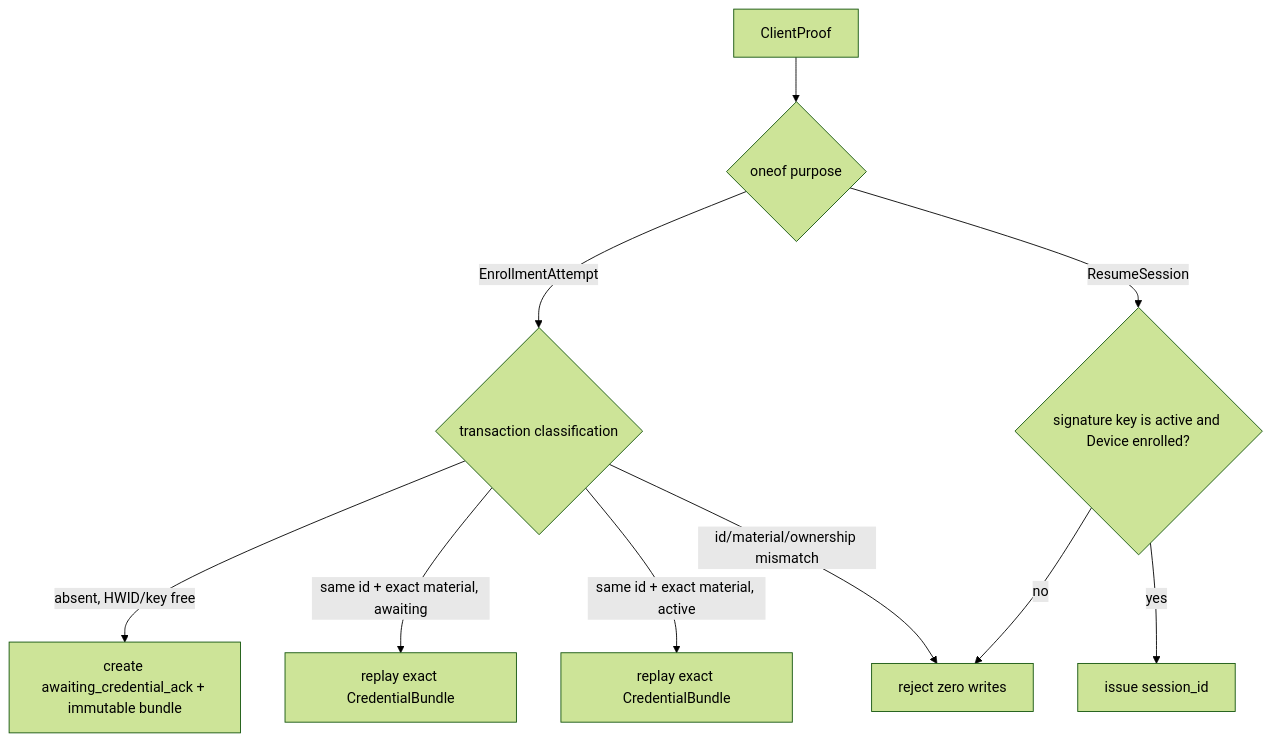
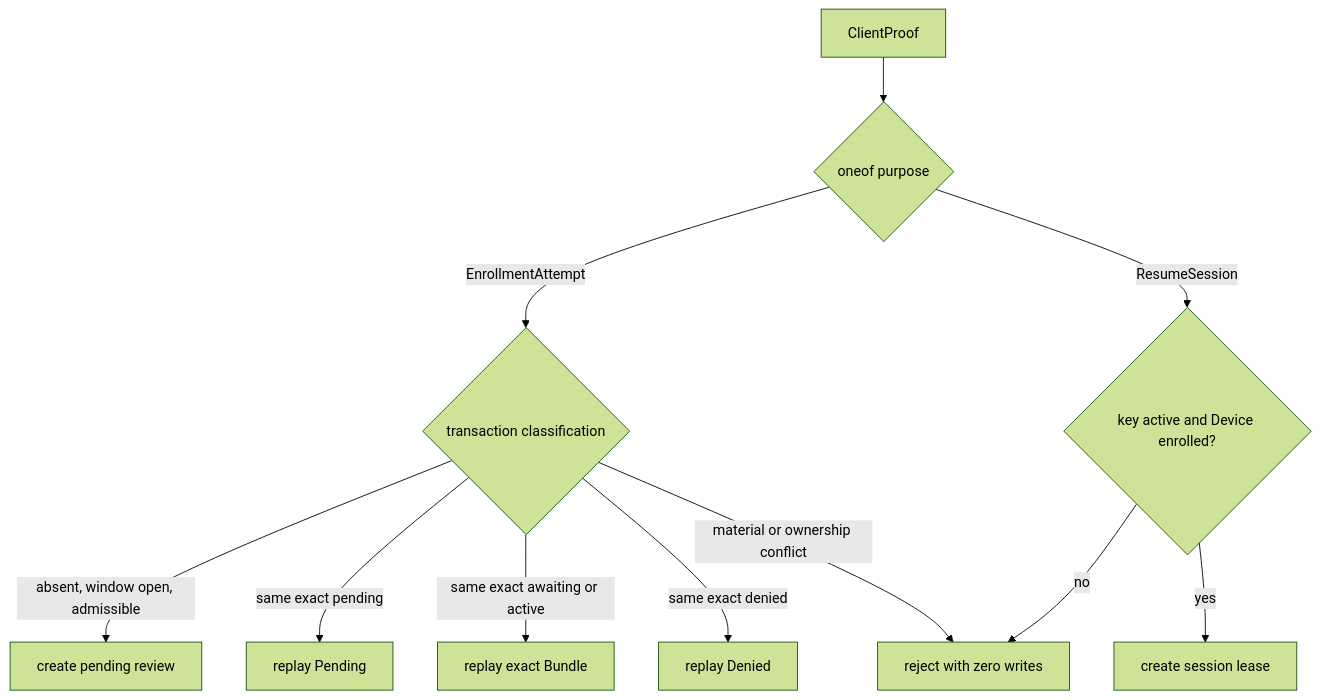
Before and after one commit to 4o3F/Natsume: the second of 3 diagrams in docs/adr/0038-unified-ordinary-wss-device-control-authority.md, drawn with Mermaid (forest theme). The commit also changed other lines of this file and 23 other files, not shown here.

````diff
--- a/docs/adr/0038-unified-ordinary-wss-device-control-authority.md
+++ b/docs/adr/0038-unified-ordinary-wss-device-control-authority.md
@@ -136,13 +146,14 @@
 ```mermaid
 flowchart TD
     proof[ClientProof]
     proof --> purpose{oneof purpose}
     purpose -->|EnrollmentAttempt| tx{transaction classification}
-    tx -->|absent, HWID/key free| createTx[create awaiting_credential_ack + immutable bundle]
-    tx -->|same id + exact material, awaiting| replayBundle[replay exact CredentialBundle]
-    tx -->|same id + exact material, active| replayActiveBundle[replay exact CredentialBundle]
-    tx -->|id/material/ownership mismatch| reject[reject zero writes]
-    purpose -->|ResumeSession| resumeKey{signature key is active and Device enrolled?}
-    resumeKey -->|yes| lease[issue session_id]
+    tx -->|absent, window open, admissible| pending[create pending review]
+    tx -->|same exact pending| pendingReply[replay Pending]
+    tx -->|same exact awaiting or active| replayBundle[replay exact Bundle]
+    tx -->|same exact denied| deniedReply[replay Denied]
+    tx -->|material or ownership conflict| reject[reject with zero writes]
+    purpose -->|ResumeSession| resumeKey{key active and Device enrolled?}
+    resumeKey -->|yes| lease[create session lease]
     resumeKey -->|no| reject
 ```
````
